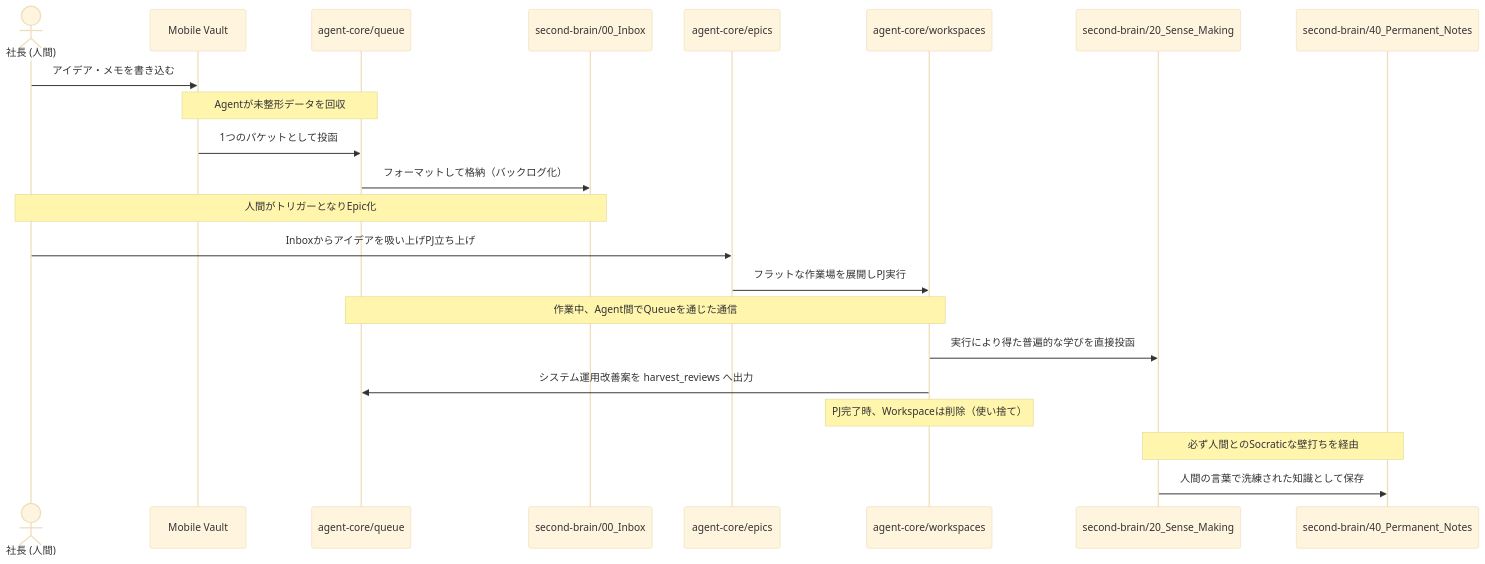
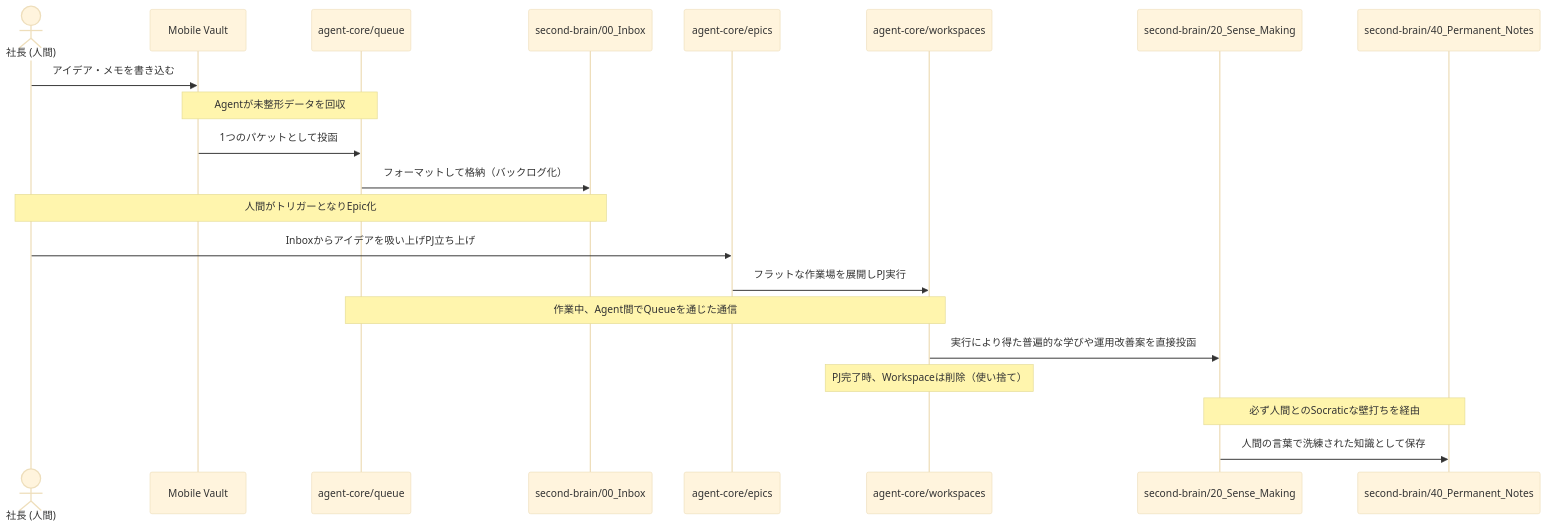
The diagram in docs/architecture/data_flow.md (shoheiHasegawa/agent-core), drawn with Mermaid (base theme) before and after one commit. The commit also changed other lines of this file and 3 other files, not shown here.

Commit message:
chore(arch): enforce queue processing granularity and remove harvest_reviews

````diff
--- a/docs/architecture/data_flow.md
+++ b/docs/architecture/data_flow.md
@@ -8,32 +8,31 @@
 ```mermaid
 sequenceDiagram
     actor User as 社長 (人間)
     participant Mobile as Mobile Vault
     participant Queue as agent-core/queue
     participant Inbox as second-brain/00_Inbox
     participant Epic as agent-core/epics
     participant Workspace as agent-core/workspaces
     participant SenseMaking as second-brain/20_Sense_Making
     participant PermNotes as second-brain/40_Permanent_Notes
     
     %% フェーズ1: 投入と整形
     User->>Mobile: アイデア・メモを書き込む
     note over Mobile,Queue: Agentが未整形データを回収
     Mobile->>Queue: 1つのパケットとして投函
     Queue->>Inbox: フォーマットして格納（バックログ化）
     
     %% フェーズ2: プロジェクト実行
     note over User,Inbox: 人間がトリガーとなりEpic化
     User->>Epic: Inboxからアイデアを吸い上げPJ立ち上げ
     Epic->>Workspace: フラットな作業場を展開しPJ実行
     note over Workspace,Queue: 作業中、Agent間でQueueを通じた通信
     
     %% フェーズ3: 学びと改善の抽出 (Continuous Harvesting)
-    Workspace->>SenseMaking: 実行により得た普遍的な学びを直接投函
-    Workspace->>Queue: システム運用改善案を harvest_reviews へ出力
+    Workspace->>SenseMaking: 実行により得た普遍的な学びや運用改善案を直接投函
     note over Workspace: PJ完了時、Workspaceは削除（使い捨て）
     
     %% フェーズ4: 知識の永続化
     note over SenseMaking,PermNotes: 必ず人間とのSocraticな壁打ちを経由
     SenseMaking->>PermNotes: 人間の言葉で洗練された知識として保存
 ```
````
